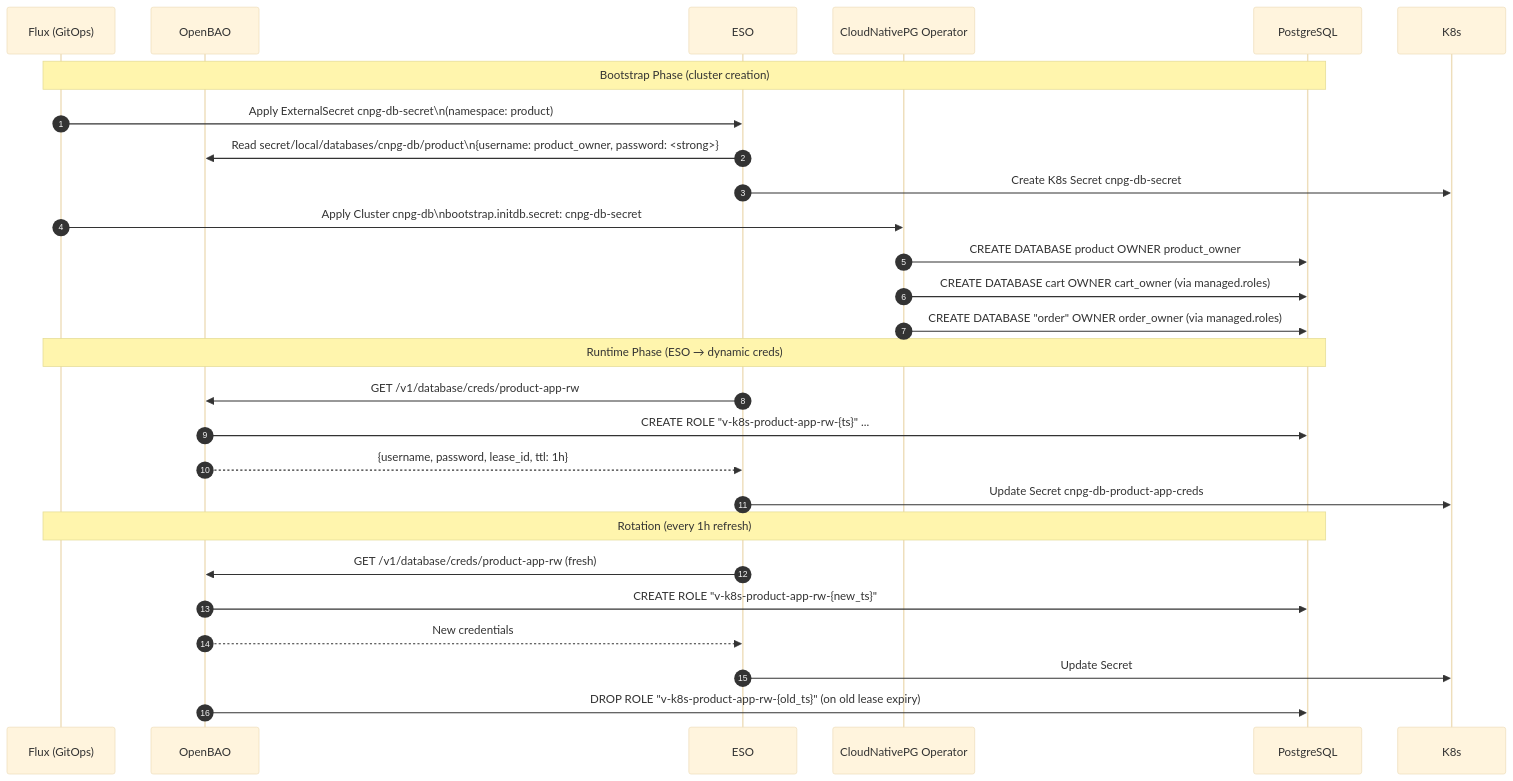
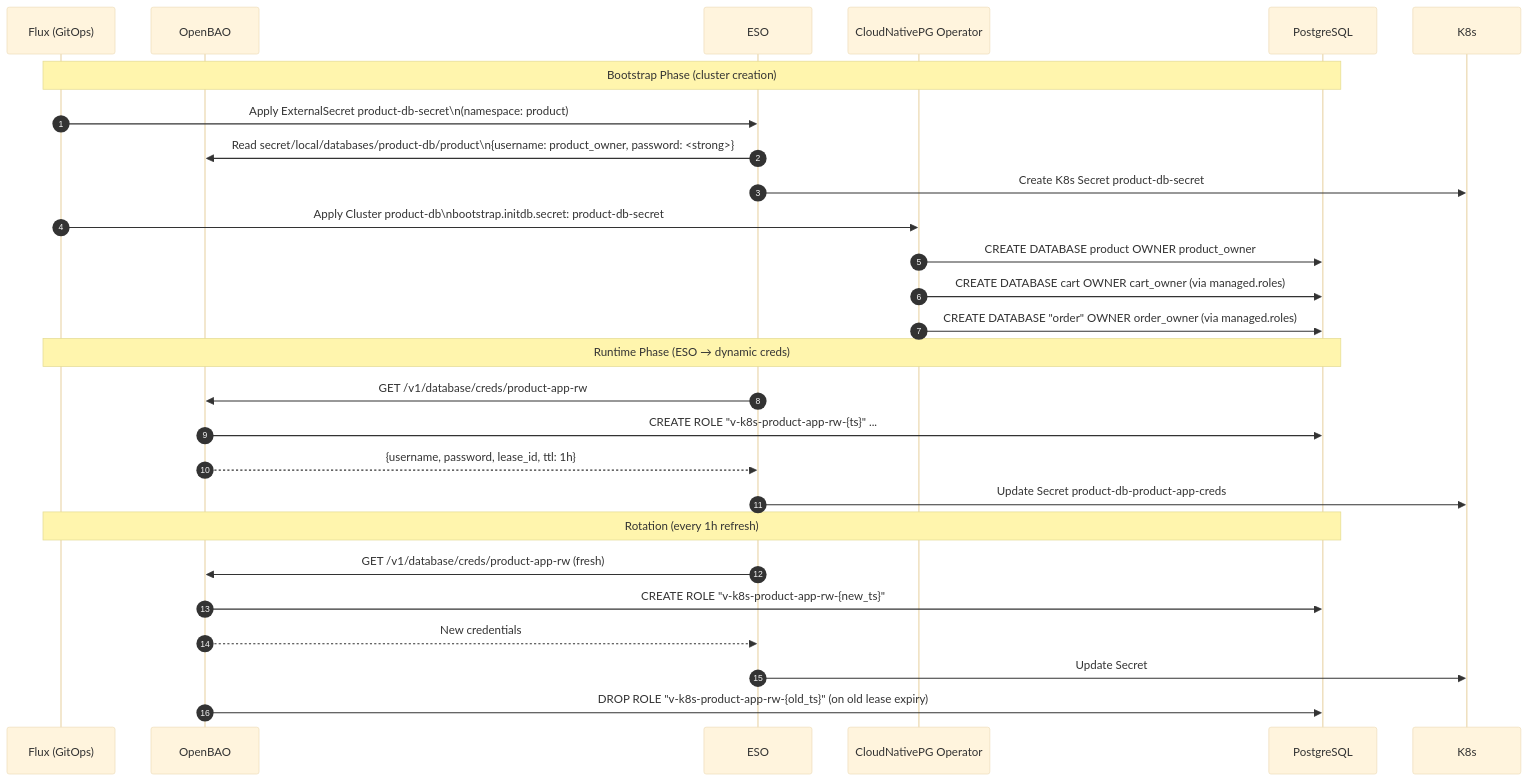
Diagram 11 of 18 in docs/secrets/README.md (duynhlab/homelab), drawn with Mermaid (base theme) before and after one commit. The commit also changed other lines of this file and 15 other files, not shown here.

````diff
--- a/docs/secrets/README.md
+++ b/docs/secrets/README.md
@@ -542,34 +542,34 @@
 ```mermaid
 sequenceDiagram
     autonumber
     participant Flux as Flux (GitOps)
     participant BAO as OpenBAO
     participant ESO as ESO
     participant CNPG as CloudNativePG Operator
     participant PG as PostgreSQL
 
     note over Flux,PG: Bootstrap Phase (cluster creation)
 
-    Flux->>ESO: Apply ExternalSecret cnpg-db-secret\n(namespace: product)
-    ESO->>BAO: Read secret/local/databases/cnpg-db/product\n{username: product_owner, password: <strong>}
-    ESO->>K8s: Create K8s Secret cnpg-db-secret
-    Flux->>CNPG: Apply Cluster cnpg-db\nbootstrap.initdb.secret: cnpg-db-secret
+    Flux->>ESO: Apply ExternalSecret product-db-secret\n(namespace: product)
+    ESO->>BAO: Read secret/local/databases/product-db/product\n{username: product_owner, password: <strong>}
+    ESO->>K8s: Create K8s Secret product-db-secret
+    Flux->>CNPG: Apply Cluster product-db\nbootstrap.initdb.secret: product-db-secret
     CNPG->>PG: CREATE DATABASE product OWNER product_owner
     CNPG->>PG: CREATE DATABASE cart OWNER cart_owner  (via managed.roles)
     CNPG->>PG: CREATE DATABASE "order" OWNER order_owner (via managed.roles)
 
     note over Flux,PG: Runtime Phase (ESO → dynamic creds)
 
     ESO->>BAO: GET /v1/database/creds/product-app-rw
     BAO->>PG: CREATE ROLE "v-k8s-product-app-rw-{ts}" ...
     BAO-->>ESO: {username, password, lease_id, ttl: 1h}
-    ESO->>K8s: Update Secret cnpg-db-product-app-creds
+    ESO->>K8s: Update Secret product-db-product-app-creds
 
     note over Flux,PG: Rotation (every 1h refresh)
 
     ESO->>BAO: GET /v1/database/creds/product-app-rw  (fresh)
     BAO->>PG: CREATE ROLE "v-k8s-product-app-rw-{new_ts}"
     BAO-->>ESO: New credentials
     ESO->>K8s: Update Secret
     BAO->>PG: DROP ROLE "v-k8s-product-app-rw-{old_ts}"  (on old lease expiry)
 ```
````
